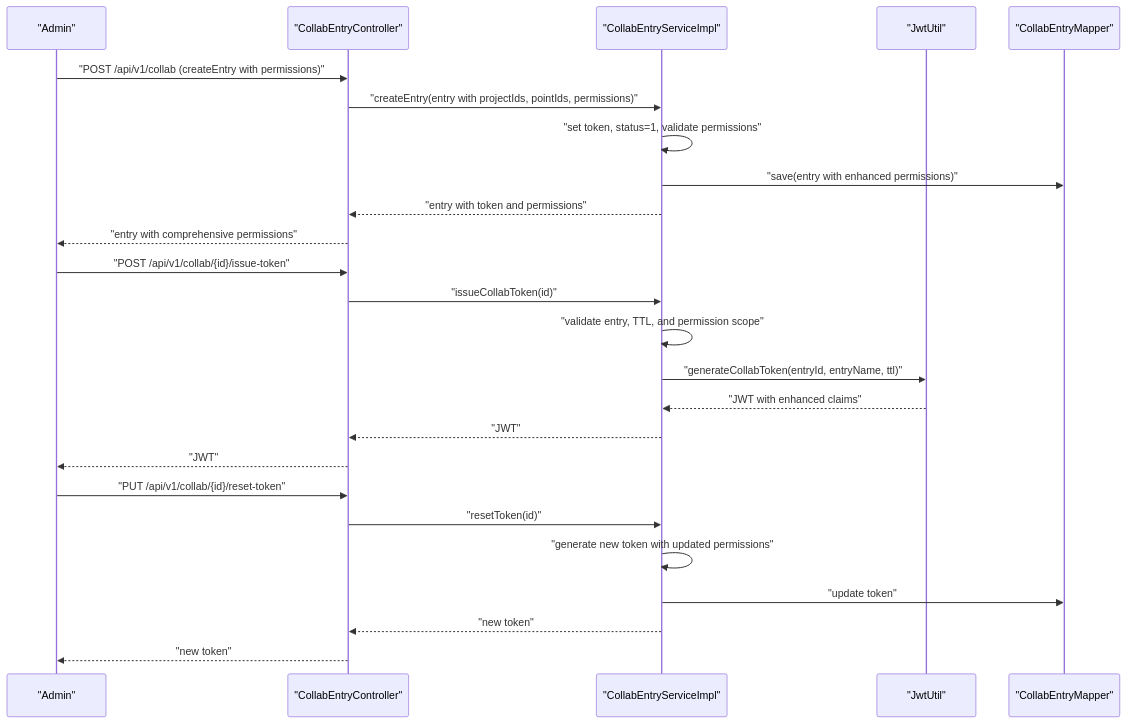
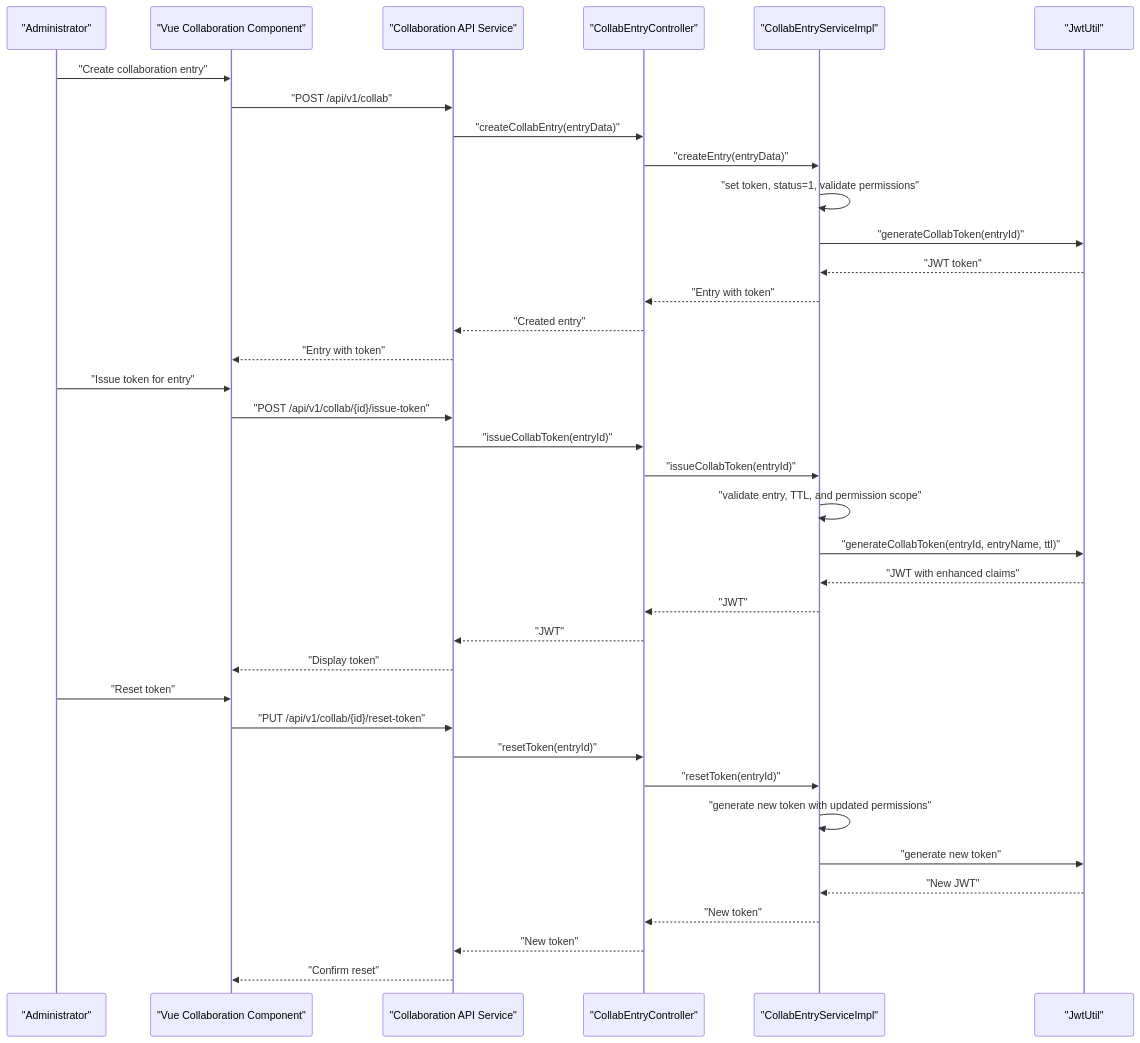
One commit to bo961386926/Survey-App changed the fourth of 6 diagrams in .qoder/repowiki/en/content/Authentication & Authorization/Collaboration Tokens.md. Above: the diagram before and after it, drawn with Mermaid. The commit also changed other lines of this file and 19 other files, not shown here.

````diff
--- a/.qoder/repowiki/en/content/Authentication & Authorization/Collaboration Tokens.md
+++ b/.qoder/repowiki/en/content/Authentication & Authorization/Collaboration Tokens.md
@@ -236,27 +258,39 @@
 ```mermaid
 sequenceDiagram
-participant Admin as "Admin"
+participant Admin as "Administrator"
+participant UI as "Vue Collaboration Component"
+participant API as "Collaboration API Service"
 participant Ctl as "CollabEntryController"
 participant Svc as "CollabEntryServiceImpl"
 participant Util as "JwtUtil"
-participant DB as "CollabEntryMapper"
-Admin->>Ctl : "POST /api/v1/collab (createEntry with permissions)"
-Ctl->>Svc : "createEntry(entry with projectIds, pointIds, permissions)"
+Admin->>UI : "Create collaboration entry"
+UI->>API : "POST /api/v1/collab"
+API->>Ctl : "createCollabEntry(entryData)"
+Ctl->>Svc : "createEntry(entryData)"
 Svc->>Svc : "set token, status=1, validate permissions"
-Svc->>DB : "save(entry with enhanced permissions)"
-Svc-->>Ctl : "entry with token and permissions"
-Ctl-->>Admin : "entry with comprehensive permissions"
-Admin->>Ctl : "POST /api/v1/collab/{id}/issue-token"
-Ctl->>Svc : "issueCollabToken(id)"
+Svc->>Util : "generateCollabToken(entryId)"
+Util-->>Svc : "JWT token"
+Svc-->>Ctl : "Entry with token"
+Ctl-->>API : "Created entry"
+API-->>UI : "Entry with token"
+Admin->>UI : "Issue token for entry"
+UI->>API : "POST /api/v1/collab/{id}/issue-token"
+API->>Ctl : "issueCollabToken(entryId)"
+Ctl->>Svc : "issueCollabToken(entryId)"
 Svc->>Svc : "validate entry, TTL, and permission scope"
 Svc->>Util : "generateCollabToken(entryId, entryName, ttl)"
 Util-->>Svc : "JWT with enhanced claims"
 Svc-->>Ctl : "JWT"
-Ctl-->>Admin : "JWT"
-Admin->>Ctl : "PUT /api/v1/collab/{id}/reset-token"
-Ctl->>Svc : "resetToken(id)"
+Ctl-->>API : "JWT"
+API-->>UI : "Display token"
+Admin->>UI : "Reset token"
+UI->>API : "PUT /api/v1/collab/{id}/reset-token"
+API->>Ctl : "resetToken(entryId)"
+Ctl->>Svc : "resetToken(entryId)"
 Svc->>Svc : "generate new token with updated permissions"
-Svc->>DB : "update token"
-Svc-->>Ctl : "new token"
-Ctl-->>Admin : "new token"
+Svc->>Util : "generate new token"
+Util-->>Svc : "New JWT"
+Svc-->>Ctl : "New token"
+Ctl-->>API : "New token"
+API-->>UI : "Confirm reset"
 ```
````
